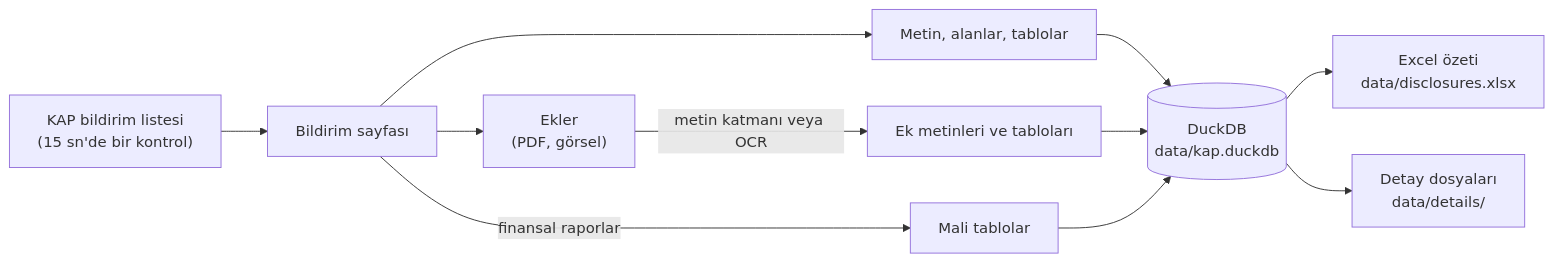
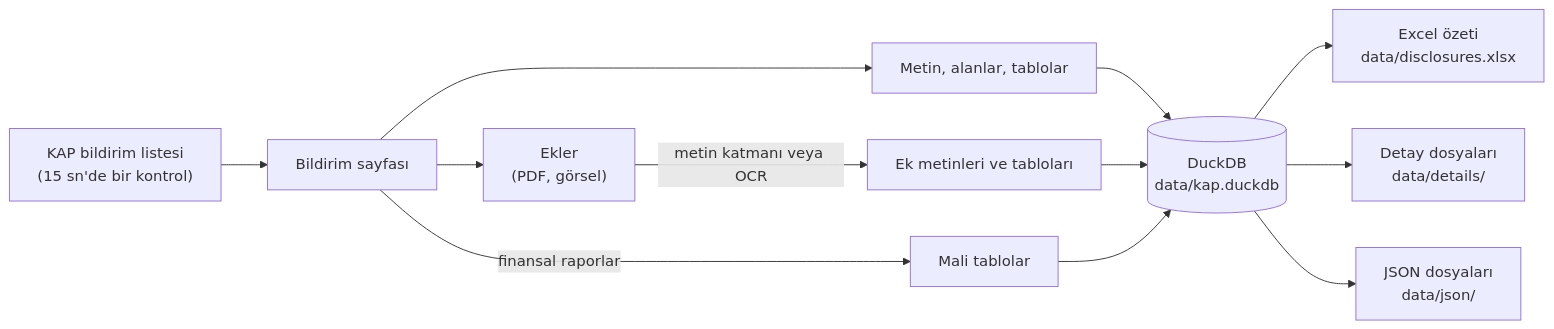
Before and after one commit to FinTreX-SDP/kap-scrapper: the diagram in README.md, drawn with Mermaid. The commit also changed other lines of this file and 1 other file, not shown here.

Commit message:
feat: add support for exporting disclosure data to JSON files alongside markdown

````diff
--- a/README.md
+++ b/README.md
@@ -27,13 +27,14 @@
 ```mermaid
 flowchart LR
     feed["KAP bildirim listesi<br/>(15 sn'de bir kontrol)"] --> page["Bildirim sayfası"]
     page --> details["Metin, alanlar, tablolar"]
     page --> files["Ekler<br/>(PDF, görsel)"]
     page -->|finansal raporlar| fin["Mali tablolar"]
     files -->|metin katmanı veya OCR| att["Ek metinleri ve tabloları"]
     details --> db[("DuckDB<br/>data/kap.duckdb")]
     att --> db
     fin --> db
     db --> xlsx["Excel özeti<br/>data/disclosures.xlsx"]
     db --> md["Detay dosyaları<br/>data/details/"]
+    db --> json["JSON dosyaları<br/>data/json/"]
 ```
````
